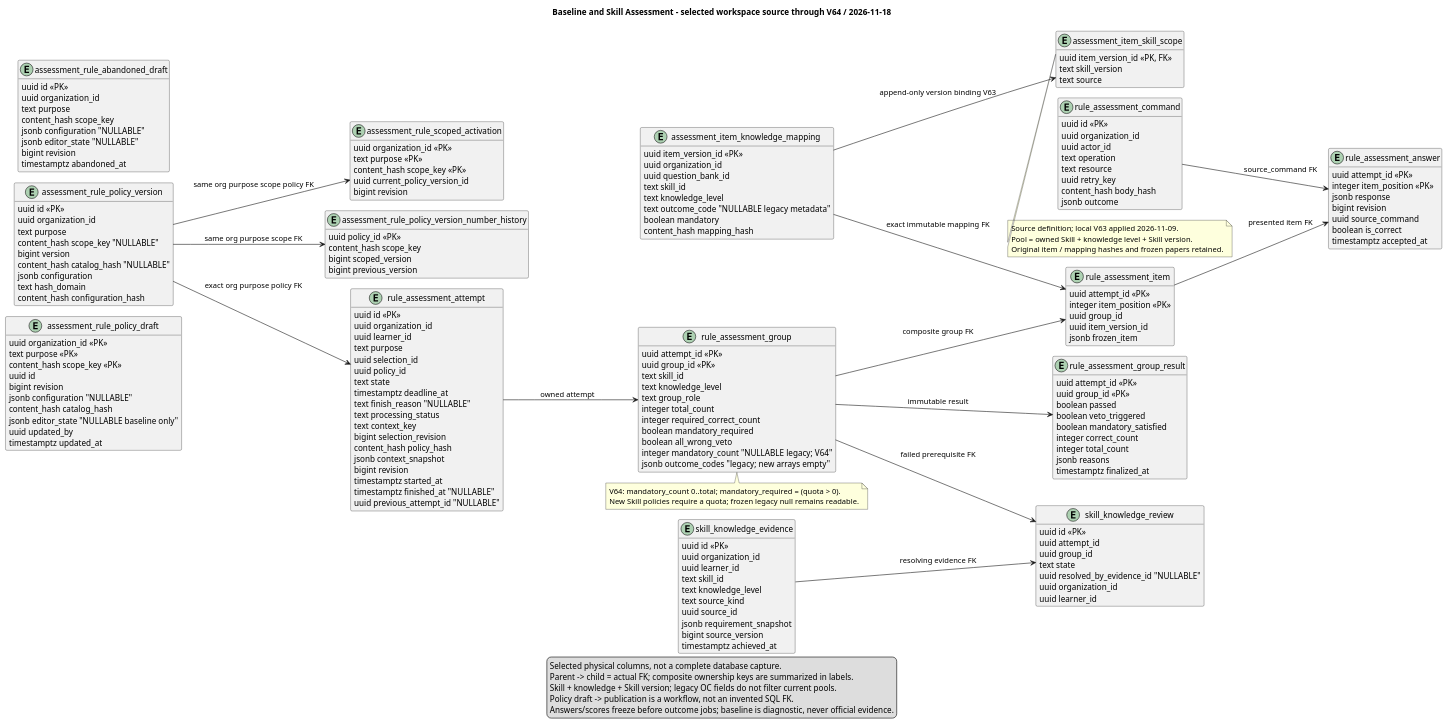
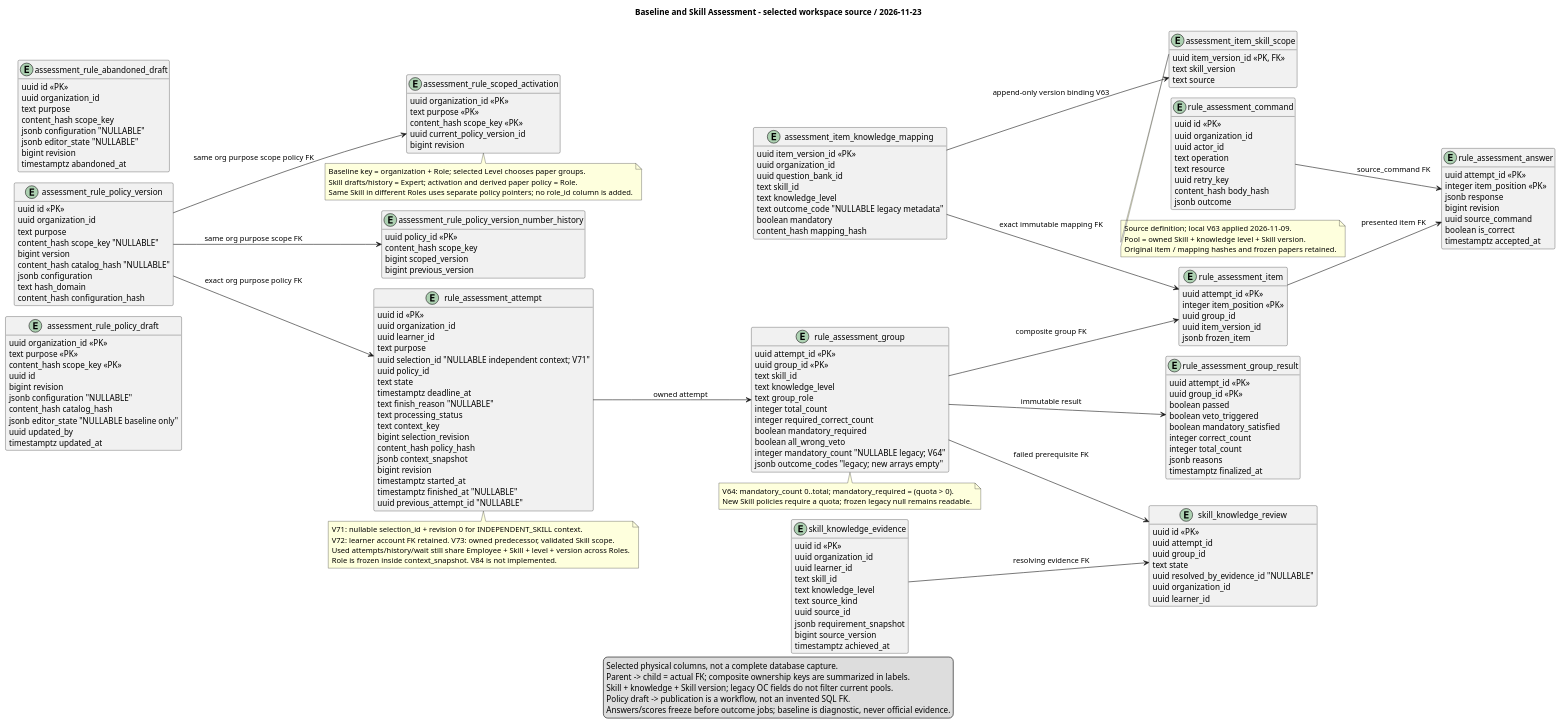
The diagram in documents/diagrams/postgresql-assessment.puml (SEP490-Fall-2026-GFA26SE64/SEP490), drawn with PlantUML before and after one commit. The commit also changed 136 other files, not shown here.

```diff
--- a/documents/diagrams/postgresql-assessment.puml
+++ b/documents/diagrams/postgresql-assessment.puml
@@ -1,188 +1,199 @@
 @startuml
 !pragma layout smetana
 left to right direction
 hide empty members
 skinparam classAttributeIconSize 0
 skinparam shadowing false
-title Baseline and Skill Assessment - selected workspace source through V64 / 2026-11-18
+title Baseline and Skill Assessment - selected workspace source / 2026-11-23
 entity "assessment_rule_policy_draft" as assessment_rule_policy_draft {
   uuid organization_id <<PK>>
   text purpose <<PK>>
   content_hash scope_key <<PK>>
   uuid id
   bigint revision
   jsonb configuration "NULLABLE"
   content_hash catalog_hash
   jsonb editor_state "NULLABLE baseline only"
   uuid updated_by
   timestamptz updated_at
 }
 entity "assessment_rule_policy_version" as assessment_rule_policy_version {
   uuid id <<PK>>
   uuid organization_id
   text purpose
   content_hash scope_key "NULLABLE"
   bigint version
   content_hash catalog_hash "NULLABLE"
   jsonb configuration
   text hash_domain
   content_hash configuration_hash
 }
 entity "assessment_rule_scoped_activation" as assessment_rule_scoped_activation {
   uuid organization_id <<PK>>
   text purpose <<PK>>
   content_hash scope_key <<PK>>
   uuid current_policy_version_id
   bigint revision
 }
 entity "assessment_rule_abandoned_draft" as assessment_rule_abandoned_draft {
   uuid id <<PK>>
   uuid organization_id
   text purpose
   content_hash scope_key
   jsonb configuration "NULLABLE"
   jsonb editor_state "NULLABLE"
   bigint revision
   timestamptz abandoned_at
 }
 entity "assessment_rule_policy_version_number_history" as assessment_rule_policy_version_number_history {
   uuid policy_id <<PK>>
   content_hash scope_key
   bigint scoped_version
   bigint previous_version
 }
 assessment_rule_policy_version --> assessment_rule_scoped_activation : same org purpose scope policy FK
 entity "assessment_item_knowledge_mapping" as assessment_item_knowledge_mapping {
   uuid item_version_id <<PK>>
   uuid organization_id
   uuid question_bank_id
   text skill_id
   text knowledge_level
   text outcome_code "NULLABLE legacy metadata"
   boolean mandatory
   content_hash mapping_hash
 }
 entity "assessment_item_skill_scope" as assessment_item_skill_scope {
   uuid item_version_id <<PK, FK>>
   text skill_version
   text source
 }
 assessment_item_knowledge_mapping --> assessment_item_skill_scope : append-only version binding V63
 note bottom of assessment_item_skill_scope
   Source definition; local V63 applied 2026-11-09.
   Pool = owned Skill + knowledge level + Skill version.
   Original item / mapping hashes and frozen papers retained.
 end note
 entity "rule_assessment_attempt" as rule_assessment_attempt {
   uuid id <<PK>>
   uuid organization_id
   uuid learner_id
   text purpose
-  uuid selection_id
+  uuid selection_id "NULLABLE independent context; V71"
   uuid policy_id
   text state
   timestamptz deadline_at
   text finish_reason "NULLABLE"
   text processing_status
   text context_key
   bigint selection_revision
   content_hash policy_hash
   jsonb context_snapshot
   bigint revision
   timestamptz started_at
   timestamptz finished_at "NULLABLE"
   uuid previous_attempt_id "NULLABLE"
 }
 entity "rule_assessment_group" as rule_assessment_group {
   uuid attempt_id <<PK>>
   uuid group_id <<PK>>
   text skill_id
   text knowledge_level
   text group_role
   integer total_count
   integer required_correct_count
   boolean mandatory_required
   boolean all_wrong_veto
   integer mandatory_count "NULLABLE legacy; V64"
   jsonb outcome_codes "legacy; new arrays empty"
 }
 entity "rule_assessment_item" as rule_assessment_item {
   uuid attempt_id <<PK>>
   integer item_position <<PK>>
   uuid group_id
   uuid item_version_id
   jsonb frozen_item
 }
 entity "rule_assessment_answer" as rule_assessment_answer {
   uuid attempt_id <<PK>>
   integer item_position <<PK>>
   jsonb response
   bigint revision
   uuid source_command
   boolean is_correct
   timestamptz accepted_at
 }
 entity "rule_assessment_group_result" as rule_assessment_group_result {
   uuid attempt_id <<PK>>
   uuid group_id <<PK>>
   boolean passed
   boolean veto_triggered
   boolean mandatory_satisfied
   integer correct_count
   integer total_count
   jsonb reasons
   timestamptz finalized_at
 }
 entity "skill_knowledge_evidence" as skill_knowledge_evidence {
   uuid id <<PK>>
   uuid organization_id
   uuid learner_id
   text skill_id
   text knowledge_level
   text source_kind
   uuid source_id
   jsonb requirement_snapshot
   bigint source_version
   timestamptz achieved_at
 }
 entity "skill_knowledge_review" as skill_knowledge_review {
   uuid id <<PK>>
   uuid attempt_id
   uuid group_id
   text state
   uuid resolved_by_evidence_id "NULLABLE"
   uuid organization_id
   uuid learner_id
 }
 rule_assessment_attempt --> rule_assessment_group : owned attempt
 rule_assessment_group --> rule_assessment_item : composite group FK
 assessment_item_knowledge_mapping --> rule_assessment_item : exact immutable mapping FK
 rule_assessment_item --> rule_assessment_answer : presented item FK
 rule_assessment_group --> rule_assessment_group_result : immutable result
 rule_assessment_group --> skill_knowledge_review : failed prerequisite FK
 skill_knowledge_evidence --> skill_knowledge_review : resolving evidence FK
 entity "rule_assessment_command" as rule_assessment_command {
   uuid id <<PK>>
   uuid organization_id
   uuid actor_id
   text operation
   text resource
   uuid retry_key
   content_hash body_hash
   jsonb outcome
 }
 assessment_rule_policy_version --> rule_assessment_attempt : exact org purpose policy FK
 assessment_rule_policy_version --> assessment_rule_policy_version_number_history : same org purpose scope FK
 rule_assessment_command --> rule_assessment_answer : source_command FK
 note bottom of rule_assessment_group
   V64: mandatory_count 0..total; mandatory_required = (quota > 0).
   New Skill policies require a quota; frozen legacy null remains readable.
 end note
 legend bottom
   Selected physical columns, not a complete database capture.
   Parent -> child = actual FK; composite ownership keys are summarized in labels.
   Skill + knowledge + Skill version; legacy OC fields do not filter current pools.
   Policy draft -> publication is a workflow, not an invented SQL FK.
   Answers/scores freeze before outcome jobs; baseline is diagnostic, never official evidence.
 endlegend
+note bottom of assessment_rule_scoped_activation
+  Baseline key = organization + Role; selected Level chooses paper groups.
+  Skill drafts/history = Expert; activation and derived paper policy = Role.
+  Same Skill in different Roles uses separate policy pointers; no role_id column is added.
+end note
+note bottom of rule_assessment_attempt
+  V71: nullable selection_id + revision 0 for INDEPENDENT_SKILL context.
+  V72: learner account FK retained. V73: owned predecessor, validated Skill scope.
+  Used attempts/history/wait still share Employee + Skill + level + version across Roles.
+  Role is frozen inside context_snapshot. V84 is not implemented.
+end note
 @enduml
```
